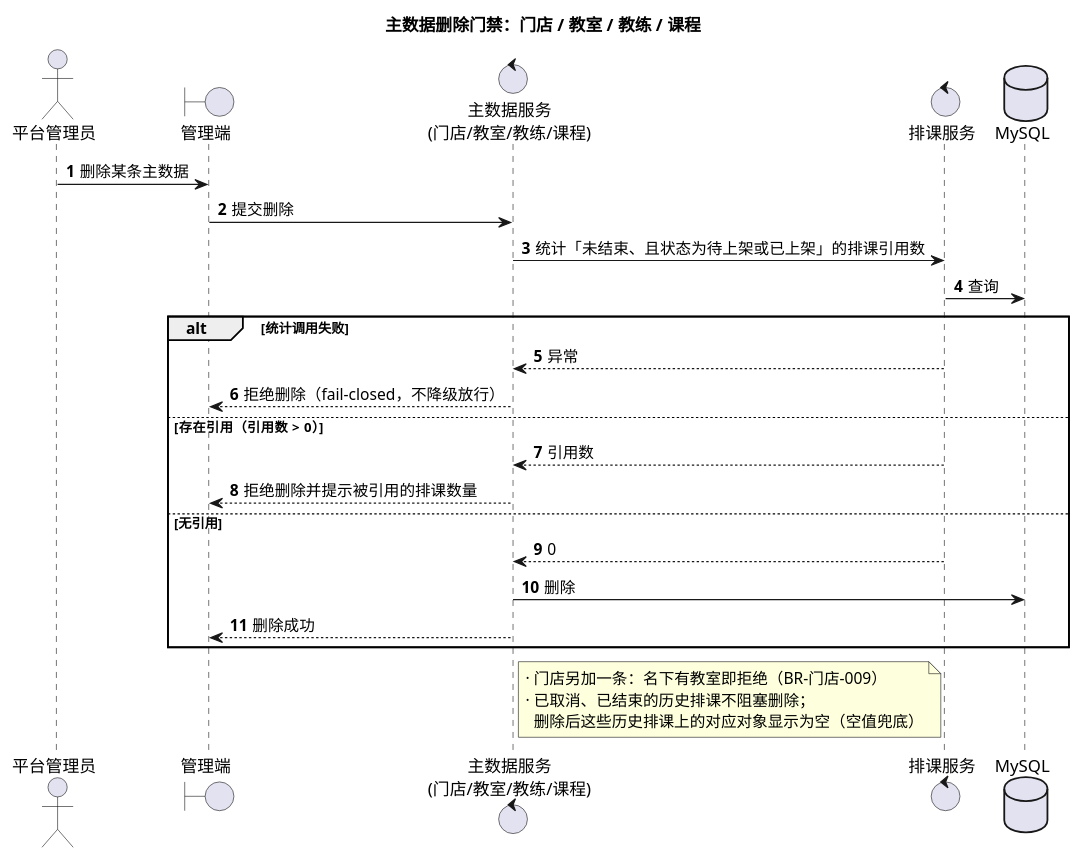
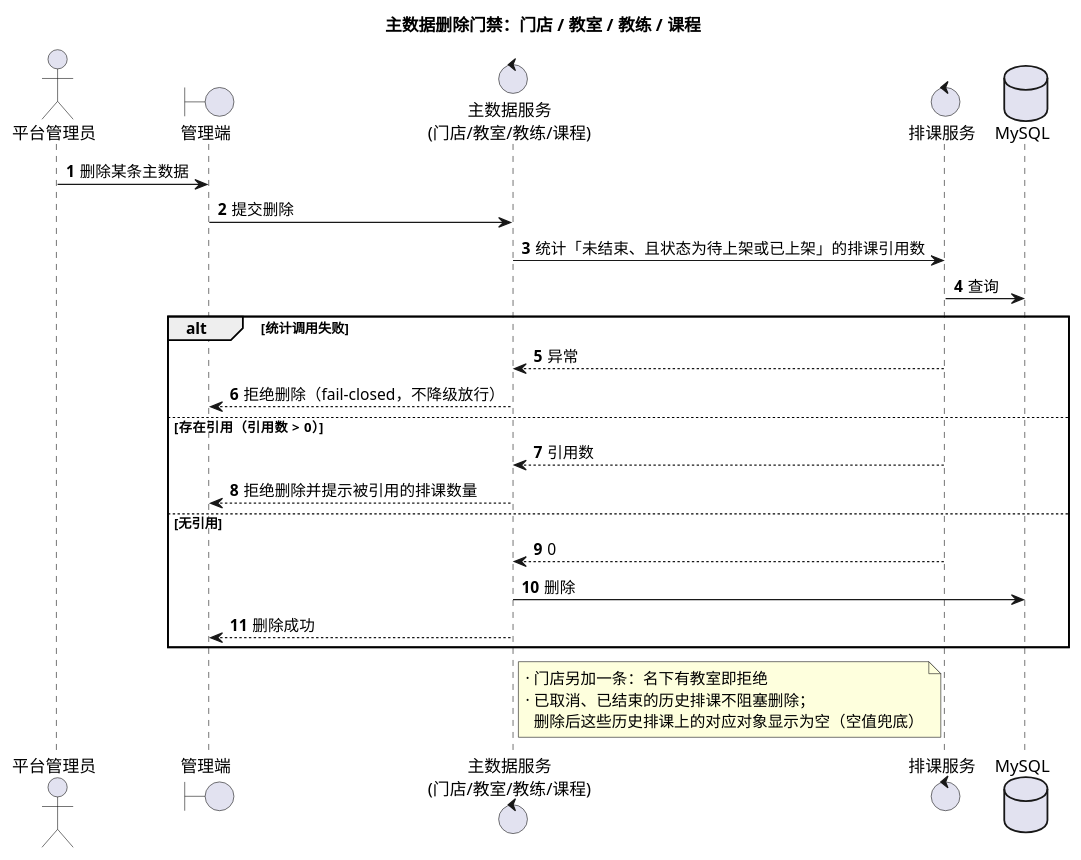
Before and after one commit to duo2530/techplant-yoga: the fourth of 5 diagrams in docs/概要设计/概要设计.md, drawn with PlantUML. The commit also changed other lines of this file and 4 other files, not shown here.

````diff
--- a/docs/概要设计/概要设计.md
+++ b/docs/概要设计/概要设计.md
@@ -274,35 +267,35 @@
 ```plantuml
 @startuml
 title 主数据删除门禁：门店 / 教室 / 教练 / 课程
 autonumber
 actor 平台管理员
 boundary 管理端
 control "主数据服务\n(门店/教室/教练/课程)" as M
 control 排课服务
 database MySQL
 
 平台管理员 -> 管理端 : 删除某条主数据
 管理端 -> M : 提交删除
 M -> 排课服务 : 统计「未结束、且状态为待上架或已上架」的排课引用数
 排课服务 -> MySQL : 查询
 
 alt 统计调用失败
   排课服务 --> M : 异常
   M --> 管理端 : 拒绝删除（fail-closed，不降级放行）
 else 存在引用（引用数 > 0）
   排课服务 --> M : 引用数
   M --> 管理端 : 拒绝删除并提示被引用的排课数量
 else 无引用
   排课服务 --> M : 0
   M -> MySQL : 删除
   M --> 管理端 : 删除成功
 end
 
 note right of M
-  · 门店另加一条：名下有教室即拒绝（BR-门店-009）
+  · 门店另加一条：名下有教室即拒绝
   · 已取消、已结束的历史排课不阻塞删除；
     删除后这些历史排课上的对应对象显示为空（空值兜底）
 end note
 
 @enduml
 ```
````
